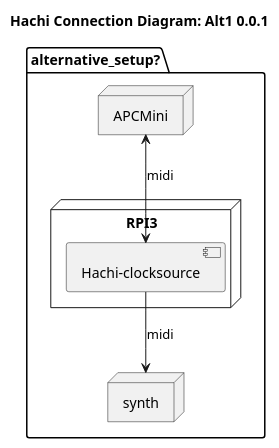
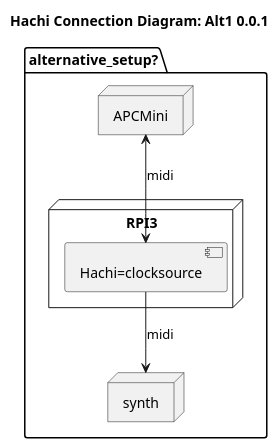
Before and after one commit to perkowitz/issho: the diagram in doc/setups/alt1.puml, drawn with PlantUML.

Commit message:
Nacho = clocksource
(does GitHub cache plantuml images?)

```diff
--- a/doc/setups/alt1.puml
+++ b/doc/setups/alt1.puml
@@ -1,17 +1,17 @@
 @startuml
 title
 Hachi Connection Diagram: Alt1 0.0.1
 end title
 
 package alternative_setup? {
 node APCMini as apc
 node synth as synth2
 
 node RPI3 {
-component  "Hachi-clocksource" as hachic
+component  "Hachi=clocksource" as hachic
 }
 
 hachic <-up-> apc: midi
 hachic --> synth2: midi
 }
 @enduml
```
